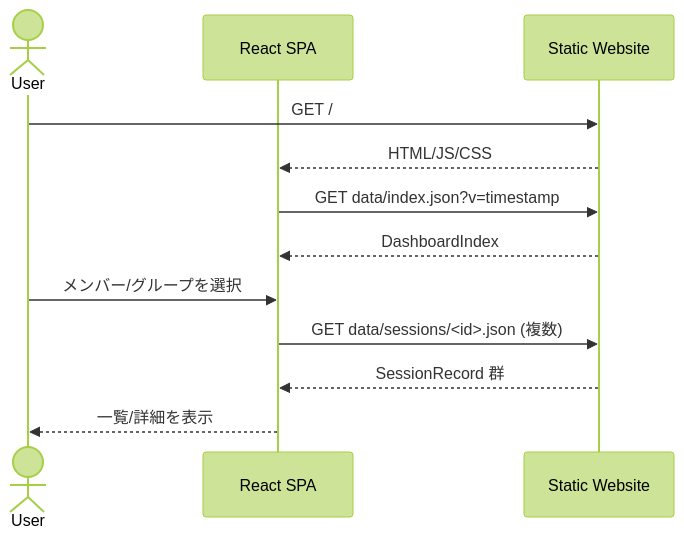
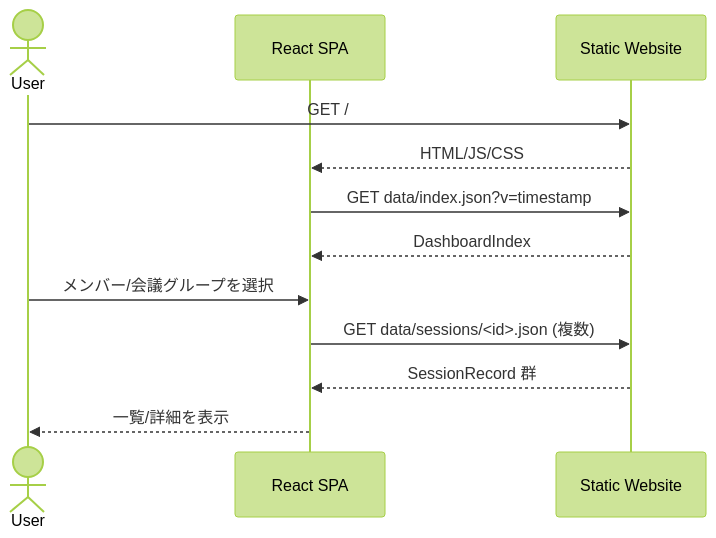
One commit to nuitsjp/teams-board changed the second of 4 diagrams in docs/architecture.md. Above: the diagram before and after it, drawn with Mermaid (forest theme). The commit also changed other lines of this file and 19 other files, not shown here.

````diff
--- a/docs/architecture.md
+++ b/docs/architecture.md
@@ -122,15 +122,15 @@
 ```mermaid
 sequenceDiagram
   actor U as User
   participant SPA as React SPA
   participant WEB as Static Website
 
   U->>WEB: GET /
   WEB-->>SPA: HTML/JS/CSS
   SPA->>WEB: GET data/index.json?v=timestamp
   WEB-->>SPA: DashboardIndex
-  U->>SPA: メンバー/グループを選択
+  U->>SPA: メンバー/会議グループを選択
   SPA->>WEB: GET data/sessions/<id>.json (複数)
   WEB-->>SPA: SessionRecord 群
   SPA-->>U: 一覧/詳細を表示
 ```
````
